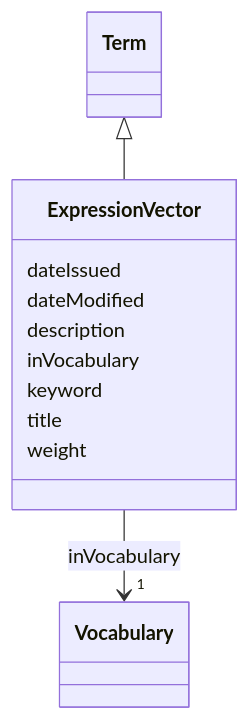
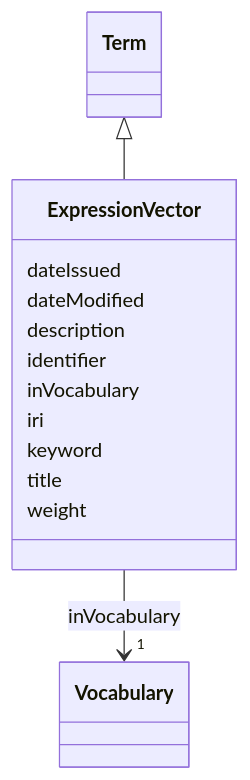
The diagram in models/docs/ExpressionVector.md (EVORA-project/evora-ontology), drawn with Mermaid before and after one commit. The commit also changed other lines of this file and 391 other files, not shown here.

````diff
--- a/models/docs/ExpressionVector.md
+++ b/models/docs/ExpressionVector.md
@@ -19,30 +19,34 @@
 ```mermaid
  classDiagram
     class ExpressionVector
     click ExpressionVector href "../ExpressionVector"
       Term <|-- ExpressionVector
         click Term href "../Term"
       
       ExpressionVector : dateIssued
         
       ExpressionVector : dateModified
         
       ExpressionVector : description
         
+      ExpressionVector : identifier
+        
       ExpressionVector : inVocabulary
         
           
     
     
     ExpressionVector --> "1" Vocabulary : inVocabulary
     click Vocabulary href "../Vocabulary"
 
         
+      ExpressionVector : iri
+        
       ExpressionVector : keyword
         
       ExpressionVector : title
         
       ExpressionVector : weight
         
       
 ```
````
